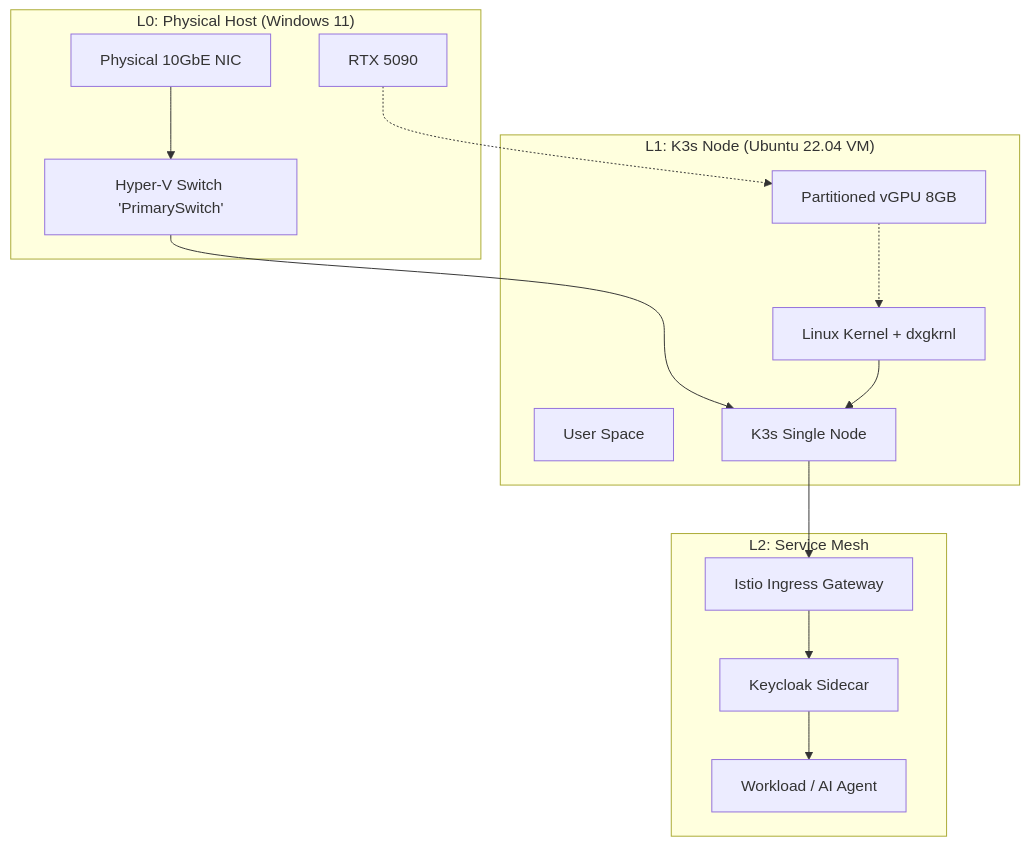
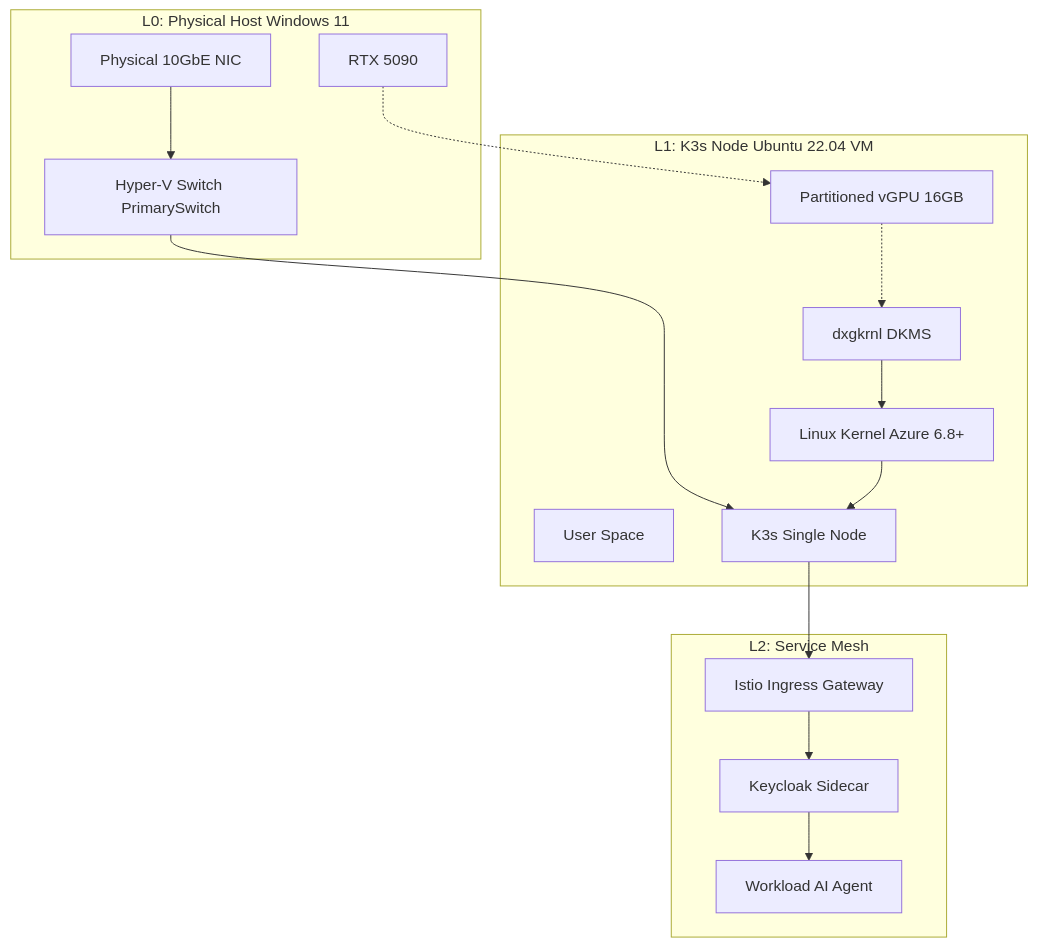
The first of 2 diagrams in readme.md (bbreckenridge/k3s-home-lab), drawn with Mermaid before and after one commit. The commit also changed other lines of this file and 6 other files, not shown here.

Commit message:
feat: Introduce scripts for Hyper-V Ubuntu VM provisioning with GPU-P, NVIDIA driver injection (WSL-style), and dxgkrnl DKMS, updating the README.

````diff
--- a/readme.md
+++ b/readme.md
@@ -20,30 +20,32 @@
 ```mermaid
 graph TD
-    subgraph "L0: Physical Host (Windows 11)"
+    subgraph Host [L0: Physical Host Windows 11]
         NIC[Physical 10GbE NIC]
-        Switch[Hyper-V Switch 'PrimarySwitch']
+        Switch[Hyper-V Switch PrimarySwitch]
         GPU[RTX 5090]
     end
 
-    subgraph "L1: K3s Node (Ubuntu 22.04 VM)"
+    subgraph VM [L1: K3s Node Ubuntu 22.04 VM]
         UseSpace[User Space]
-        Kernel[Linux Kernel + dxgkrnl]
-        vGPU[Partitioned vGPU 8GB]
+        Kernel[Linux Kernel Azure 6.8+]
+        Module[dxgkrnl DKMS]
+        vGPU[Partitioned vGPU 16GB]
         K3s[K3s Single Node]
     end
 
-    subgraph "L2: Service Mesh"
+    subgraph ServiceMesh [L2: Service Mesh]
         Ingress[Istio Ingress Gateway]
         Auth[Keycloak Sidecar]
-        App[Workload / AI Agent]
+        App[Workload AI Agent]
     end
 
     NIC --> Switch
     Switch --> K3s
     GPU -.-> vGPU
-    vGPU -.-> Kernel
+    vGPU -.-> Module
+    Module --> Kernel
     Kernel --> K3s
     K3s --> Ingress
     Ingress --> Auth
     Auth --> App
 ```
````
